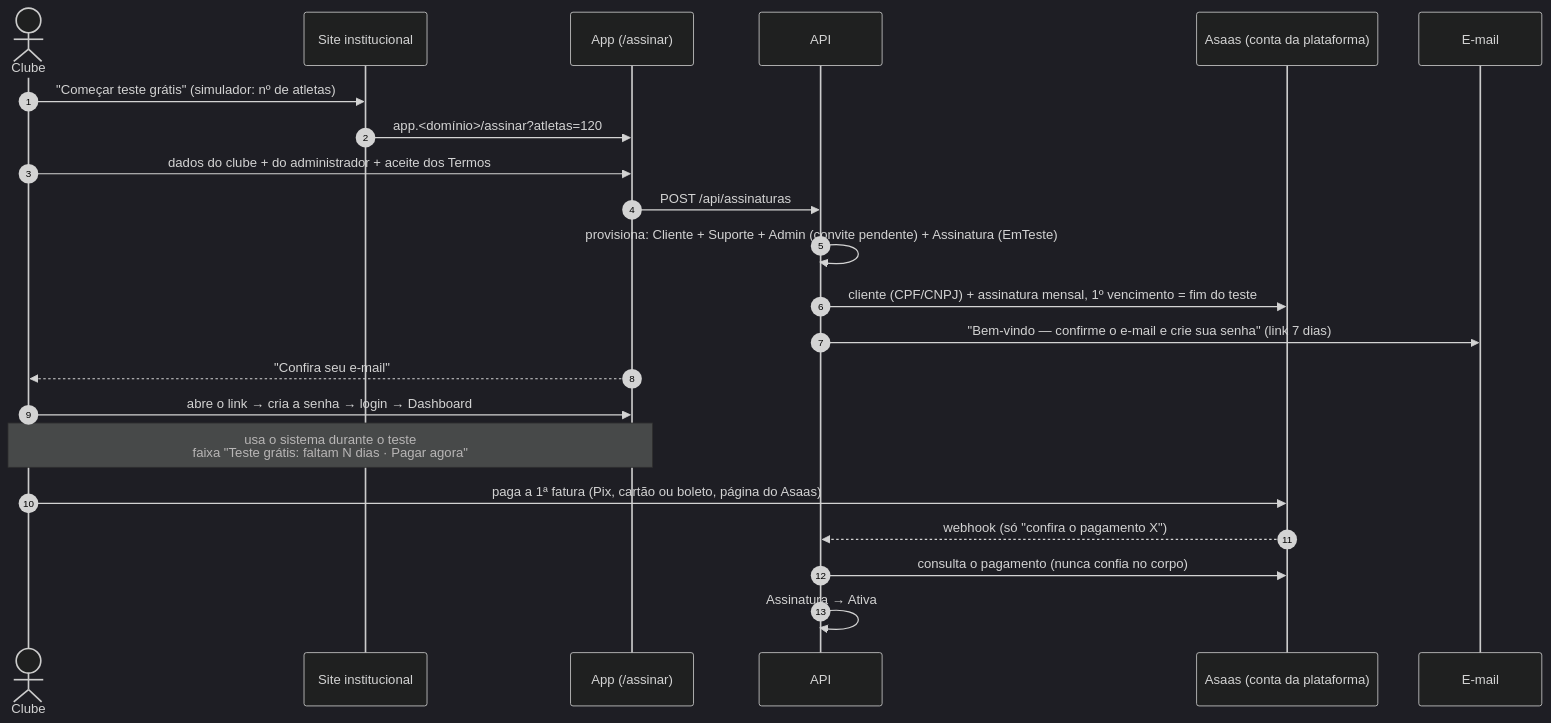
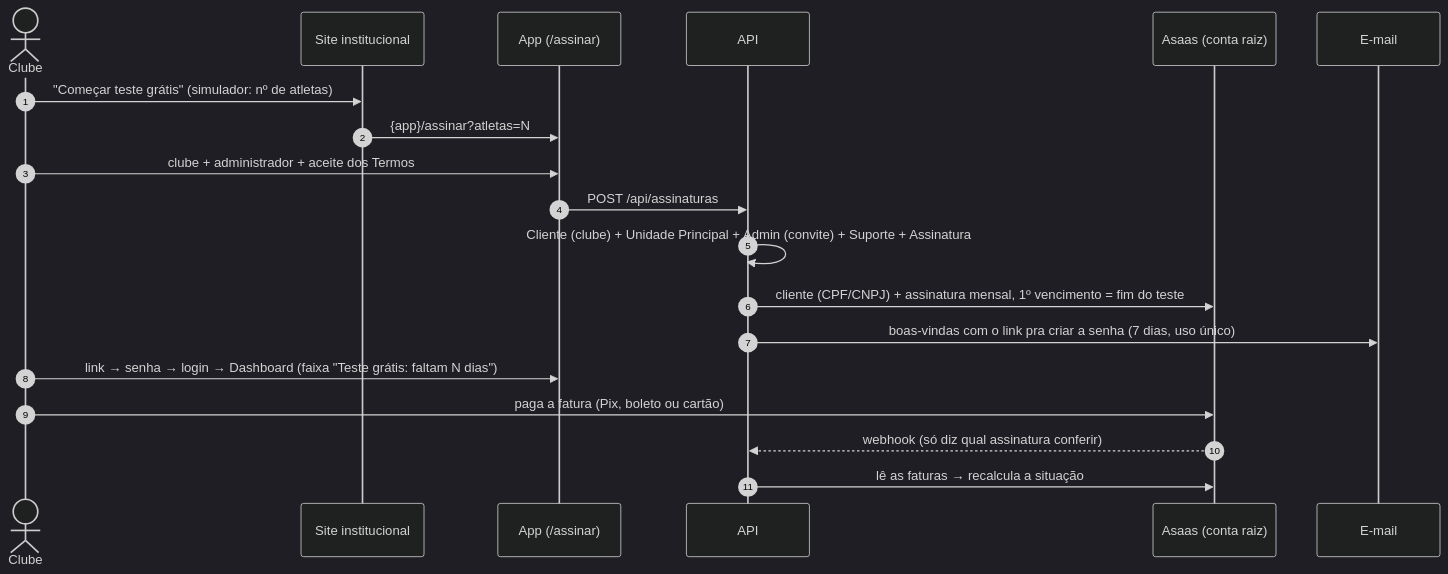
Before and after one commit to cjfestucci/Escola: the diagram in docs/ASSINATURA.md, drawn with Mermaid (dark theme). The commit also changed other lines of this file and 47 other files, not shown here.

````diff
--- a/docs/ASSINATURA.md
+++ b/docs/ASSINATURA.md
@@ -21,25 +24,22 @@
 ```mermaid
 sequenceDiagram
     autonumber
     actor C as Clube
     participant S as Site institucional
     participant A as App (/assinar)
     participant API as API
-    participant G as Asaas (conta da plataforma)
+    participant G as Asaas (conta raiz)
     participant E as E-mail
 
     C->>S: "Começar teste grátis" (simulador: nº de atletas)
-    S->>A: app.<domínio>/assinar?atletas=120
-    C->>A: dados do clube + do administrador + aceite dos Termos
+    S->>A: {app}/assinar?atletas=N
+    C->>A: clube + administrador + aceite dos Termos
     A->>API: POST /api/assinaturas
-    API->>API: provisiona: Cliente + Suporte + Admin (convite pendente) + Assinatura (EmTeste)
+    API->>API: Cliente (clube) + Unidade Principal + Admin (convite) + Suporte + Assinatura
     API->>G: cliente (CPF/CNPJ) + assinatura mensal, 1º vencimento = fim do teste
-    API->>E: "Bem-vindo — confirme o e-mail e crie sua senha" (link 7 dias)
-    A-->>C: "Confira seu e-mail"
-    C->>A: abre o link → cria a senha → login → Dashboard
-    Note over C,A: usa o sistema durante o teste<br/>faixa "Teste grátis: faltam N dias · Pagar agora"
-    C->>G: paga a 1ª fatura (Pix, cartão ou boleto, página do Asaas)
-    G-->>API: webhook (só "confira o pagamento X")
-    API->>G: consulta o pagamento (nunca confia no corpo)
-    API->>API: Assinatura → Ativa
+    API->>E: boas-vindas com o link pra criar a senha (7 dias, uso único)
+    C->>A: link → senha → login → Dashboard (faixa "Teste grátis: faltam N dias")
+    C->>G: paga a fatura (Pix, boleto ou cartão)
+    G-->>API: webhook (só diz qual assinatura conferir)
+    API->>G: lê as faturas → recalcula a situação
 ```
````
